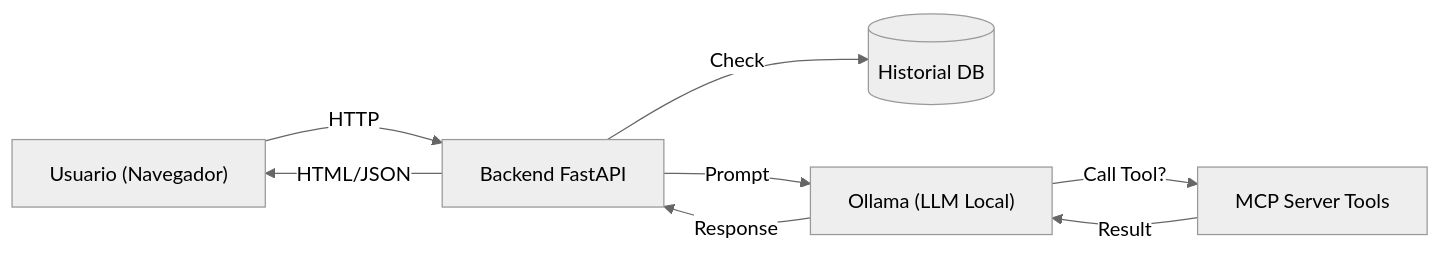
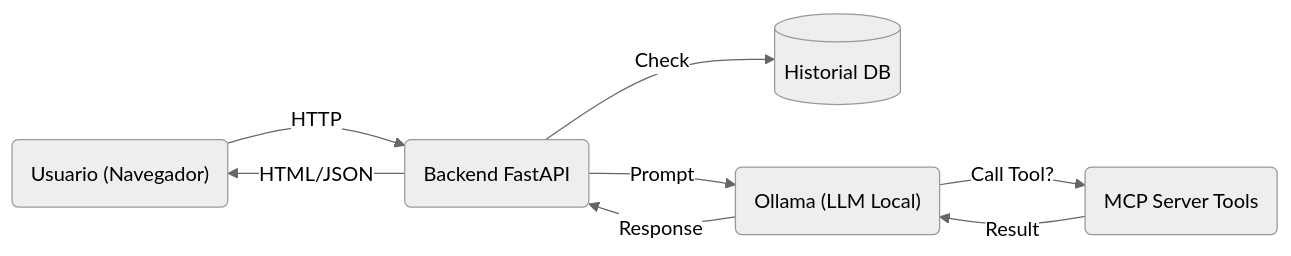
One commit to vladimiracunadev-create/mcp-ollama-local changed the diagram in README.md. Above: the diagram before and after it, drawn with Mermaid (neutral theme). The commit also changed 1 other file, not shown here.

Commit message:
docs: corregida sintaxis de diagramas Mermaid para mejor renderizado

````diff
--- a/README.md
+++ b/README.md
@@ -35,10 +35,10 @@
 ```mermaid
 graph LR
-    User["Usuario (Navegador)"] -->|HTTP| FastAPI["Backend FastAPI"]
+    User("Usuario (Navegador)") -->|HTTP| FastAPI("Backend FastAPI")
     FastAPI -->|Check| SQLite[("Historial DB")]
-    FastAPI -->|Prompt| Ollama["Ollama (LLM Local)"]
-    Ollama -->|Call Tool?| MCP["MCP Server Tools"]
+    FastAPI -->|Prompt| Ollama("Ollama (LLM Local)")
+    Ollama -->|Call Tool?| MCP("MCP Server Tools")
     MCP -->|Result| Ollama
     Ollama -->|Response| FastAPI
     FastAPI -->|HTML/JSON| User
 ```
````
